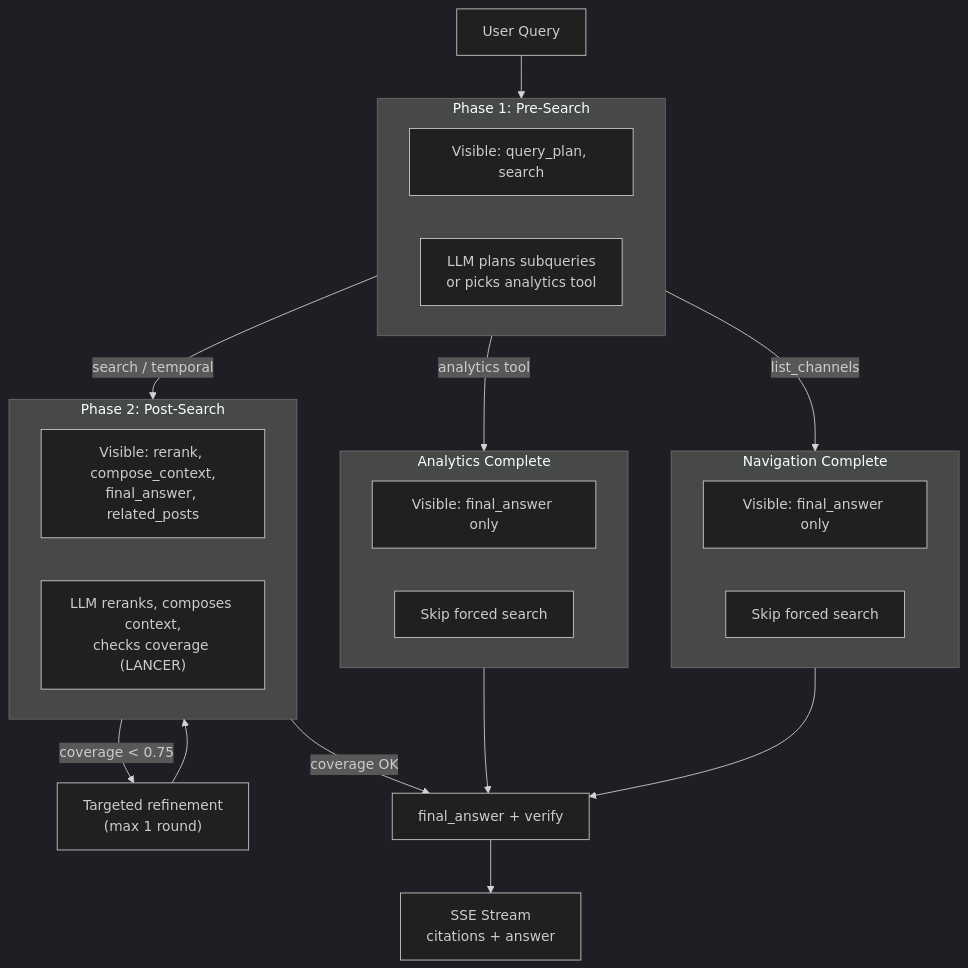
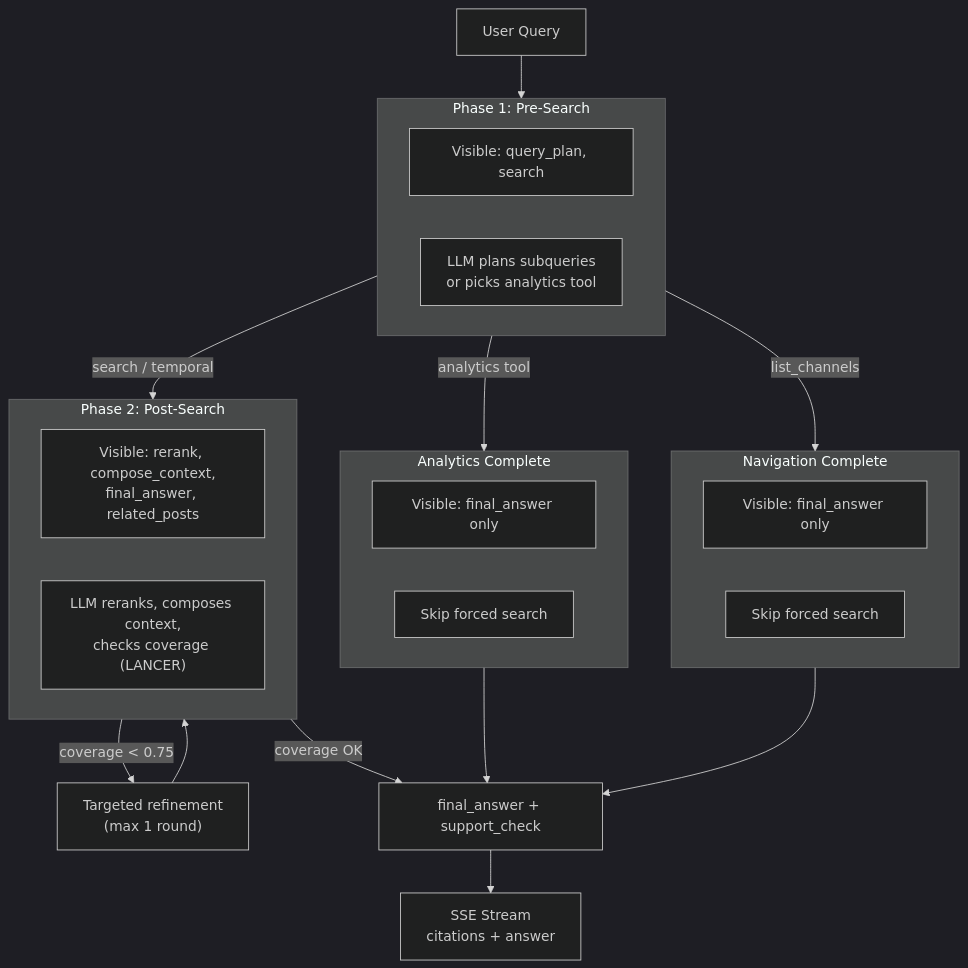
The third of 3 diagrams in README.md (ezsx/rag_app), drawn with Mermaid (dark theme) before and after one commit. The commit also changed other lines of this file and 15 other files, not shown here.

Commit message:
fix: align portfolio claims and rename verify to support-check semantics

````diff
--- a/README.md
+++ b/README.md
@@ -276,40 +278,40 @@
 ```mermaid
 graph TD
     START["User Query"] --> PHASE1
 
     subgraph PHASE1["Phase 1: Pre-Search"]
         direction LR
         P1_VIS["Visible: query_plan, search"]
         P1_ACT["LLM plans subqueries<br/>or picks analytics tool"]
     end
 
     PHASE1 -->|search / temporal| PHASE2
     PHASE1 -->|analytics tool| PHASE3
     PHASE1 -->|list_channels| PHASE4
 
     subgraph PHASE2["Phase 2: Post-Search"]
         direction LR
         P2_VIS["Visible: rerank, compose_context,<br/>final_answer, related_posts"]
         P2_ACT["LLM reranks, composes context,<br/>checks coverage (LANCER)"]
     end
 
     PHASE2 -->|coverage < 0.75| REF["Targeted refinement<br/>(max 1 round)"]
     REF --> PHASE2
     PHASE2 -->|coverage OK| FA
 
     subgraph PHASE3["Analytics Complete"]
         direction LR
         P3_VIS["Visible: final_answer only"]
         P3_ACT["Skip forced search"]
     end
     PHASE3 --> FA
 
     subgraph PHASE4["Navigation Complete"]
         direction LR
         P4_VIS["Visible: final_answer only"]
         P4_ACT["Skip forced search"]
     end
     PHASE4 --> FA
 
-    FA["final_answer + verify"] --> SSE["SSE Stream<br/>citations + answer"]
+    FA["final_answer + support_check"] --> SSE["SSE Stream<br/>citations + answer"]
 ```
````
